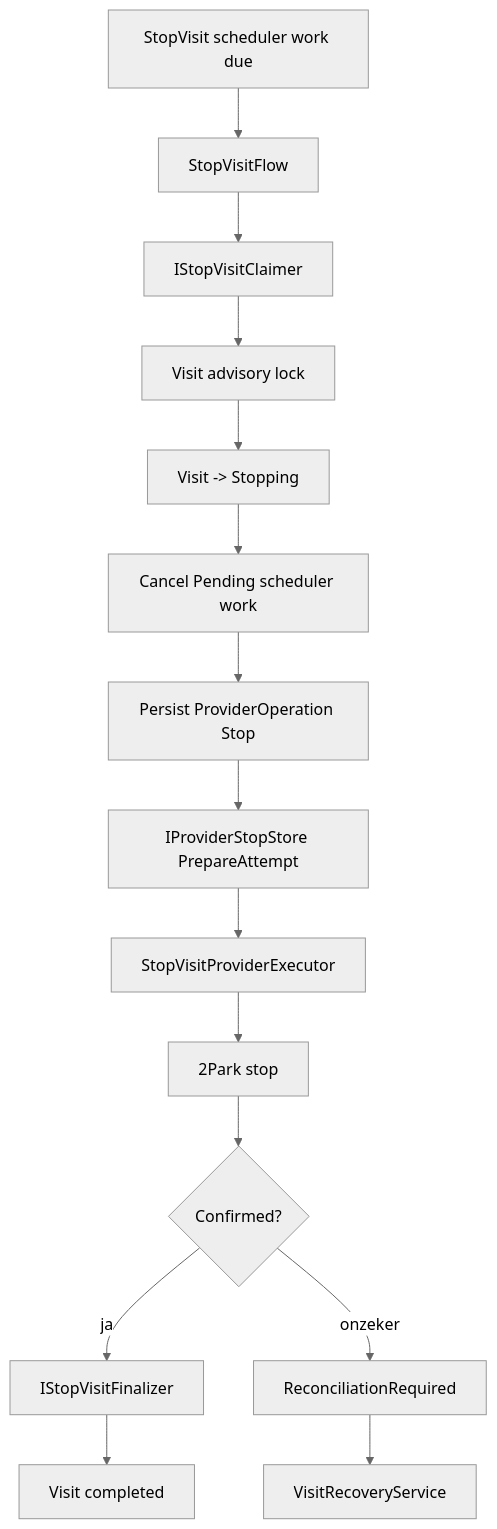
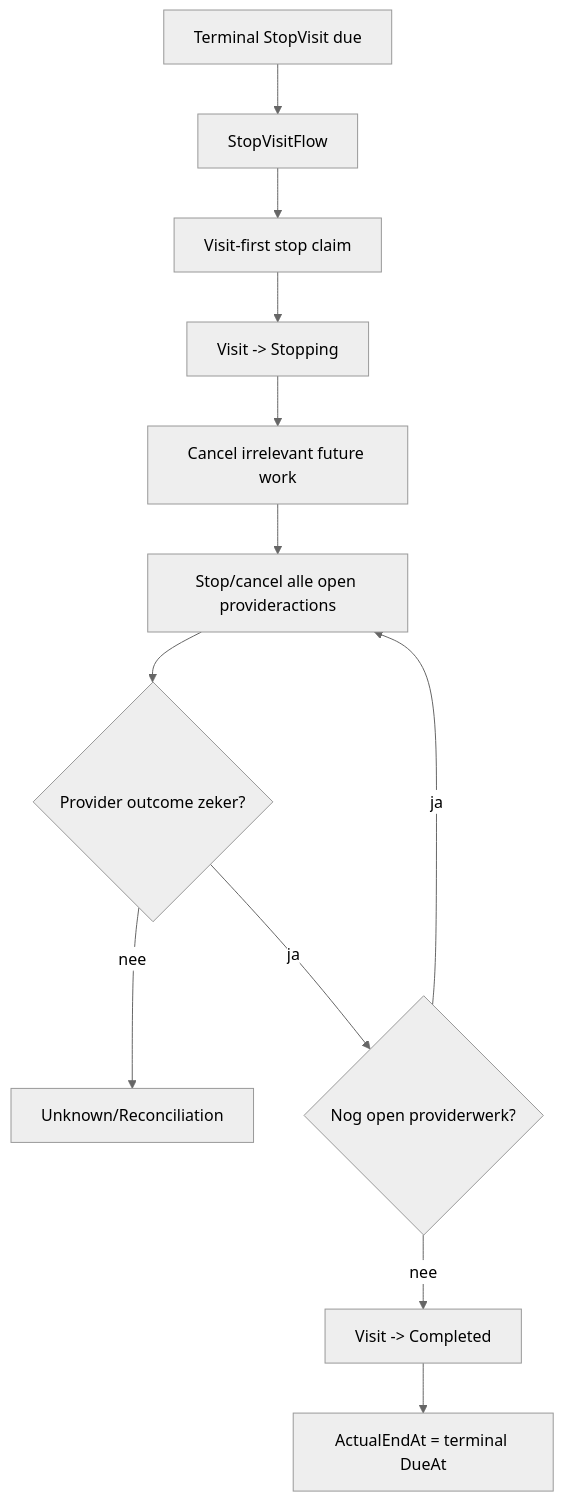
The fourth of 4 diagrams in docs/technisch/visit-scheduler-flow.md (VanHinthem/Parkeren), drawn with Mermaid (neutral theme) before and after one commit. The commit also changed other lines of this file and 16 other files, not shown here.

````diff
--- a/docs/technisch/visit-scheduler-flow.md
+++ b/docs/technisch/visit-scheduler-flow.md
@@ -256,17 +112,14 @@
 ```mermaid
 flowchart TD
-    A[StopVisit scheduler work due] --> B[StopVisitFlow]
-    B --> C[IStopVisitClaimer]
-    C --> D[Visit advisory lock]
-    D --> E[Visit -> Stopping]
-    E --> F[Cancel Pending scheduler work]
-    F --> G[Persist ProviderOperation Stop]
-    G --> H[IProviderStopStore PrepareAttempt]
-    H --> I[StopVisitProviderExecutor]
-    I --> J[2Park stop]
-    J --> K{Confirmed?}
-    K -->|ja| L[IStopVisitFinalizer]
-    L --> M[Visit completed]
-    K -->|onzeker| N[ReconciliationRequired]
-    N --> O[VisitRecoveryService]
+    A[Terminal StopVisit due] --> B[StopVisitFlow]
+    B --> C[Visit-first stop claim]
+    C --> D[Visit -> Stopping]
+    D --> E[Cancel irrelevant future work]
+    E --> F[Stop/cancel alle open provideractions]
+    F --> G{Provider outcome zeker?}
+    G -->|nee| H[Unknown/Reconciliation]
+    G -->|ja| I{Nog open providerwerk?}
+    I -->|ja| F
+    I -->|nee| J[Visit -> Completed]
+    J --> K[ActualEndAt = terminal DueAt]
 ```
````
